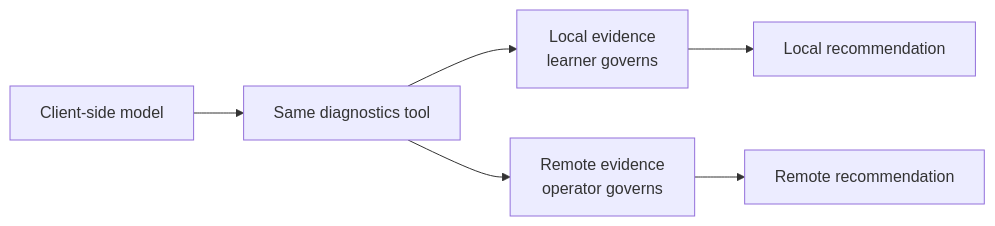
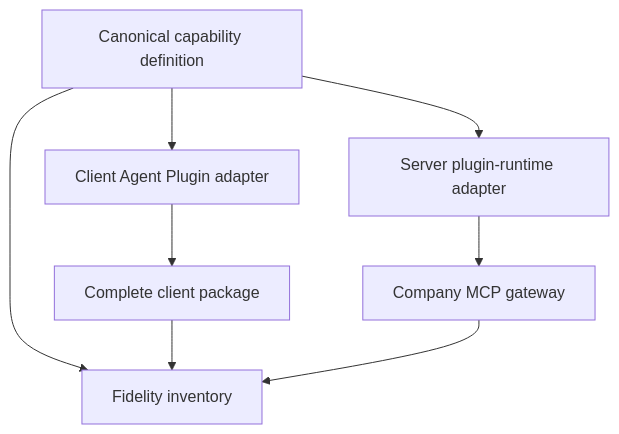
The third of 3 diagrams in docs/architecture.md (diberry/copilot-mcp-local-remote-lab), drawn with Mermaid before and after one commit. The commit also changed other lines of this file and 10 other files, not shown here.

First line of the commit message:
docs: plan plugin behind company MCP

````diff
--- a/docs/architecture.md
+++ b/docs/architecture.md
@@ -68,8 +57,10 @@
 ```mermaid
-flowchart LR
-  M[Client-side model] --> T[Same diagnostics tool]
-  T --> LC[Local evidence<br/>learner governs]
-  T --> RC[Remote evidence<br/>operator governs]
-  LC --> LR[Local recommendation]
-  RC --> RR[Remote recommendation]
+flowchart TB
+  D[Canonical capability definition] --> C[Client Agent Plugin adapter]
+  D --> S[Server plugin-runtime adapter]
+  C --> CP[Complete client package]
+  S --> G[Company MCP gateway]
+  D --> F[Fidelity inventory]
+  CP --> F
+  G --> F
 ```
````
